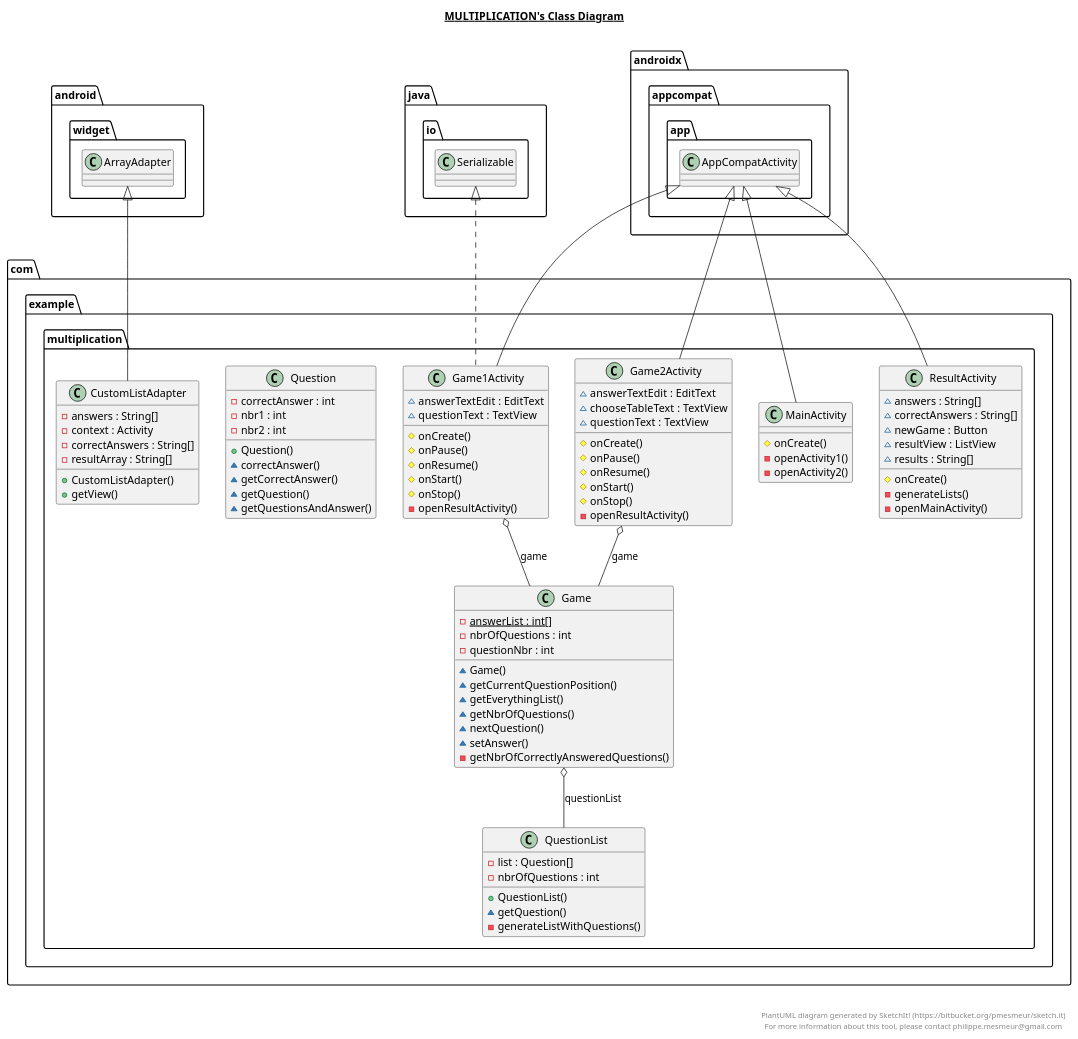
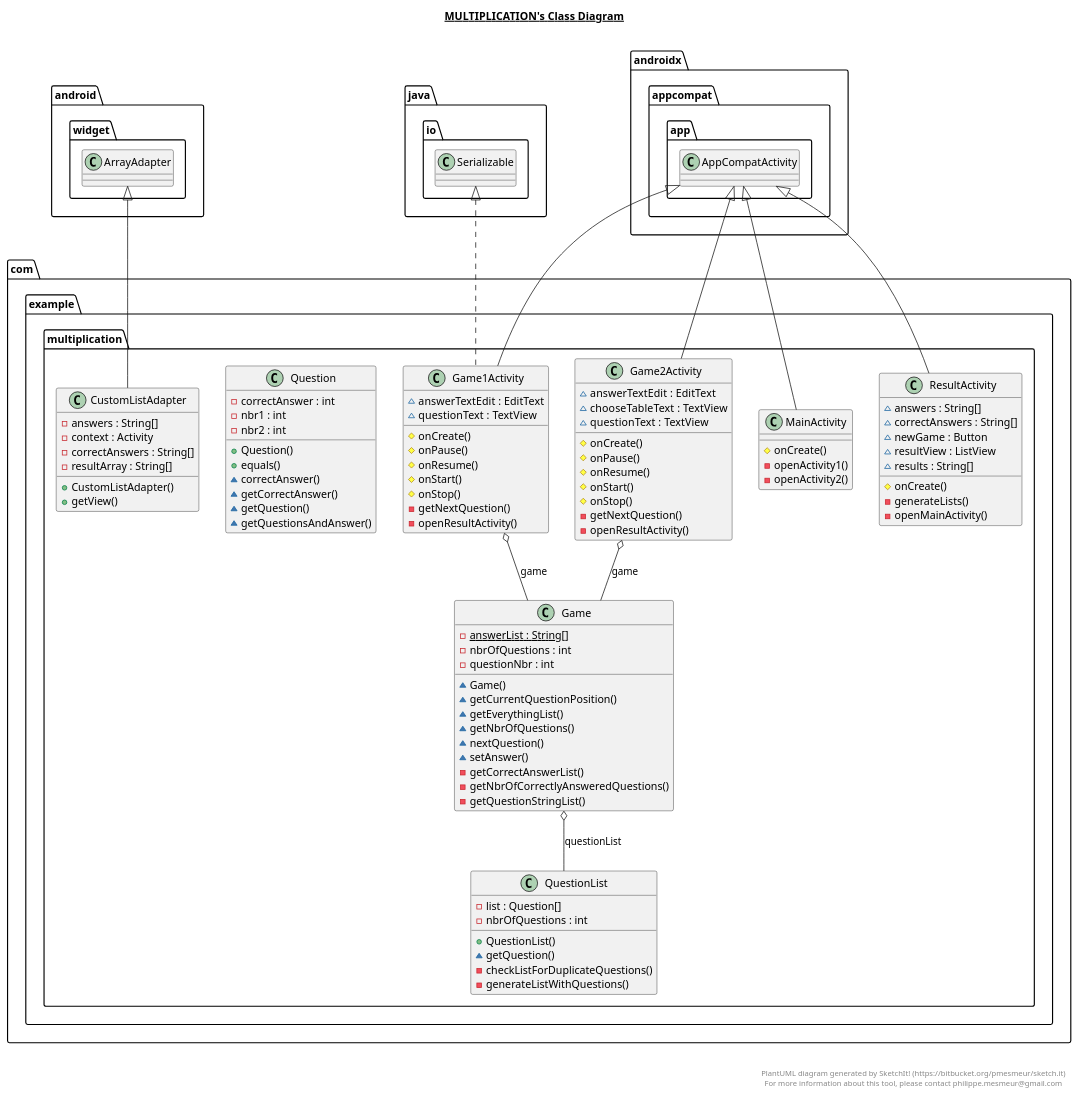
The diagram in app/src/main/java/com/example/multiplication/multiplication.plantuml (wetterbrandt/Multiplication), drawn with PlantUML before and after one commit.

Commit message:
Added UML graph.

```diff
--- a/app/src/main/java/com/example/multiplication/multiplication.plantuml
+++ b/app/src/main/java/com/example/multiplication/multiplication.plantuml
@@ -1,128 +1,134 @@
 @startuml
 
 title __MULTIPLICATION's Class Diagram__\n
 
   namespace com.example.multiplication {
     class com.example.multiplication.CustomListAdapter {
         - answers : String[]
         - context : Activity
         - correctAnswers : String[]
         - resultArray : String[]
         + CustomListAdapter()
         + getView()
     }
   }
   
 
   namespace com.example.multiplication {
     class com.example.multiplication.Game {
-        {static} - answerList : int[]
+        {static} - answerList : String[]
         - nbrOfQuestions : int
         - questionNbr : int
         ~ Game()
         ~ getCurrentQuestionPosition()
         ~ getEverythingList()
         ~ getNbrOfQuestions()
         ~ nextQuestion()
         ~ setAnswer()
+        - getCorrectAnswerList()
         - getNbrOfCorrectlyAnsweredQuestions()
+        - getQuestionStringList()
     }
   }
   
 
   namespace com.example.multiplication {
     class com.example.multiplication.Game1Activity {
         ~ answerTextEdit : EditText
         ~ questionText : TextView
         # onCreate()
         # onPause()
         # onResume()
         # onStart()
         # onStop()
+        - getNextQuestion()
         - openResultActivity()
     }
   }
   
 
   namespace com.example.multiplication {
     class com.example.multiplication.Game2Activity {
         ~ answerTextEdit : EditText
         ~ chooseTableText : TextView
         ~ questionText : TextView
         # onCreate()
         # onPause()
         # onResume()
         # onStart()
         # onStop()
+        - getNextQuestion()
         - openResultActivity()
     }
   }
   
 
   namespace com.example.multiplication {
     class com.example.multiplication.MainActivity {
         # onCreate()
         - openActivity1()
         - openActivity2()
     }
   }
   
 
   namespace com.example.multiplication {
     class com.example.multiplication.Question {
         - correctAnswer : int
         - nbr1 : int
         - nbr2 : int
         + Question()
+        + equals()
         ~ correctAnswer()
         ~ getCorrectAnswer()
         ~ getQuestion()
         ~ getQuestionsAndAnswer()
     }
   }
   
 
   namespace com.example.multiplication {
     class com.example.multiplication.QuestionList {
         - list : Question[]
         - nbrOfQuestions : int
         + QuestionList()
         ~ getQuestion()
+        - checkListForDuplicateQuestions()
         - generateListWithQuestions()
     }
   }
   
 
   namespace com.example.multiplication {
     class com.example.multiplication.ResultActivity {
         ~ answers : String[]
         ~ correctAnswers : String[]
         ~ newGame : Button
         ~ resultView : ListView
         ~ results : String[]
         # onCreate()
         - generateLists()
         - openMainActivity()
     }
   }
   
 
   com.example.multiplication.CustomListAdapter -up-|> android.widget.ArrayAdapter
   com.example.multiplication.Game o-- com.example.multiplication.QuestionList : questionList
   com.example.multiplication.Game1Activity .up.|> java.io.Serializable
   com.example.multiplication.Game1Activity -up-|> androidx.appcompat.app.AppCompatActivity
   com.example.multiplication.Game1Activity o-- com.example.multiplication.Game : game
   com.example.multiplication.Game2Activity -up-|> androidx.appcompat.app.AppCompatActivity
   com.example.multiplication.Game2Activity o-- com.example.multiplication.Game : game
   com.example.multiplication.MainActivity -up-|> androidx.appcompat.app.AppCompatActivity
   com.example.multiplication.ResultActivity -up-|> androidx.appcompat.app.AppCompatActivity
 
 
 right footer
 
 
 PlantUML diagram generated by SketchIt! (https://bitbucket.org/pmesmeur/sketch.it)
 For more information about this tool, please contact philippe.mesmeur@gmail.com
 endfooter
 
 @enduml
```
